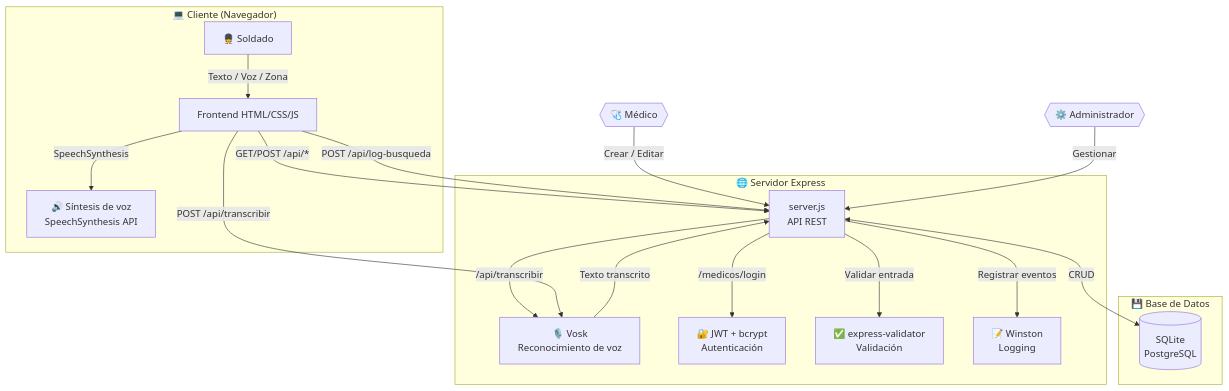
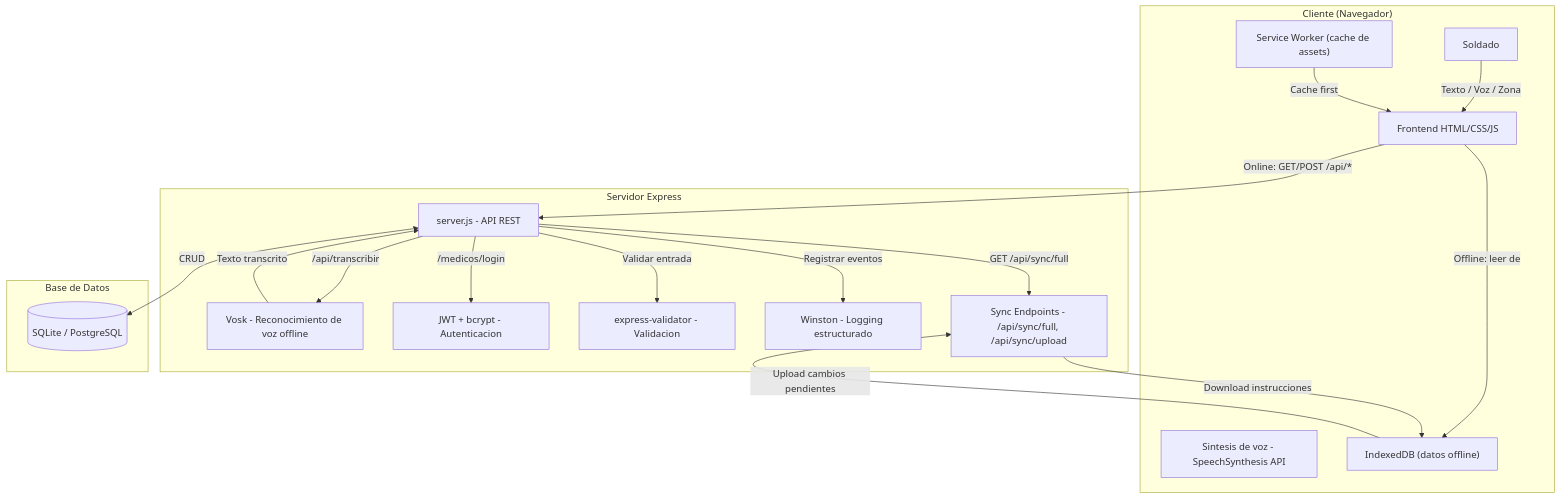
Before and after one commit to jair20-ar/chat-bot-militar-de-primeros-auxilios-: the second of 2 diagrams in README.md, drawn with Mermaid. The commit also changed other lines of this file and 9 other files, not shown here.

````diff
--- a/README.md
+++ b/README.md
@@ -38,36 +40,37 @@
 ```mermaid
 flowchart TD
-    subgraph Cliente["💻 Cliente (Navegador)"]
-        S[💂 Soldado]
-        F[Frontend HTML/CSS/JS]
-        TTS[🔊 Síntesis de voz<br/>SpeechSynthesis API]
+    subgraph Cliente["Cliente (Navegador)"]
+        S["Soldado"]
+        F["Frontend HTML/CSS/JS"]
+        TTS["Sintesis de voz - SpeechSynthesis API"]
+        IDB["IndexedDB (datos offline)"]
+        SW["Service Worker (cache de assets)"]
     end
 
-    subgraph Servidor["🌐 Servidor Express"]
-        API[server.js<br/>API REST]
-        VK[🎙️ Vosk<br/>Reconocimiento de voz]
-        AUTH[🔐 JWT + bcrypt<br/>Autenticación]
-        VAL[✅ express-validator<br/>Validación]
-        LOG[📝 Winston<br/>Logging]
+    subgraph Servidor["Servidor Express"]
+        API["server.js - API REST"]
+        VK["Vosk - Reconocimiento de voz offline"]
+        AUTH["JWT + bcrypt - Autenticacion"]
+        VAL["express-validator - Validacion"]
+        LOG["Winston - Logging estructurado"]
+        SYNC["Sync Endpoints - /api/sync/full, /api/sync/upload"]
     end
 
-    subgraph BD["💾 Base de Datos"]
-        DB[(SQLite<br/>PostgreSQL)]
+    subgraph BD["Base de Datos"]
+        DB[(SQLite / PostgreSQL)]
     end
 
     S -->|Texto / Voz / Zona| F
-    F -->|GET/POST /api/*| API
+    F -->|Online: GET/POST /api/*| API
+    F -->|Offline: leer de| IDB
+    SW -->|Cache first| F
     API -->|/api/transcribir| VK
     VK -->|Texto transcrito| API
     API -->|/medicos/login| AUTH
     API -->|Validar entrada| VAL
     API -->|Registrar eventos| LOG
     API <-->|CRUD| DB
-
-    F -->|POST /api/log-busqueda| API
-    F -->|POST /api/transcribir| VK
-    F -->|SpeechSynthesis| TTS
-
-    M{{🩺 Médico}} -->|Crear / Editar| API
-    A{{⚙️ Administrador}} -->|Gestionar| API
+    API -->|GET /api/sync/full| SYNC
+    SYNC -->|Download instrucciones| IDB
+    IDB -->|Upload cambios pendientes| SYNC
 ```
````
